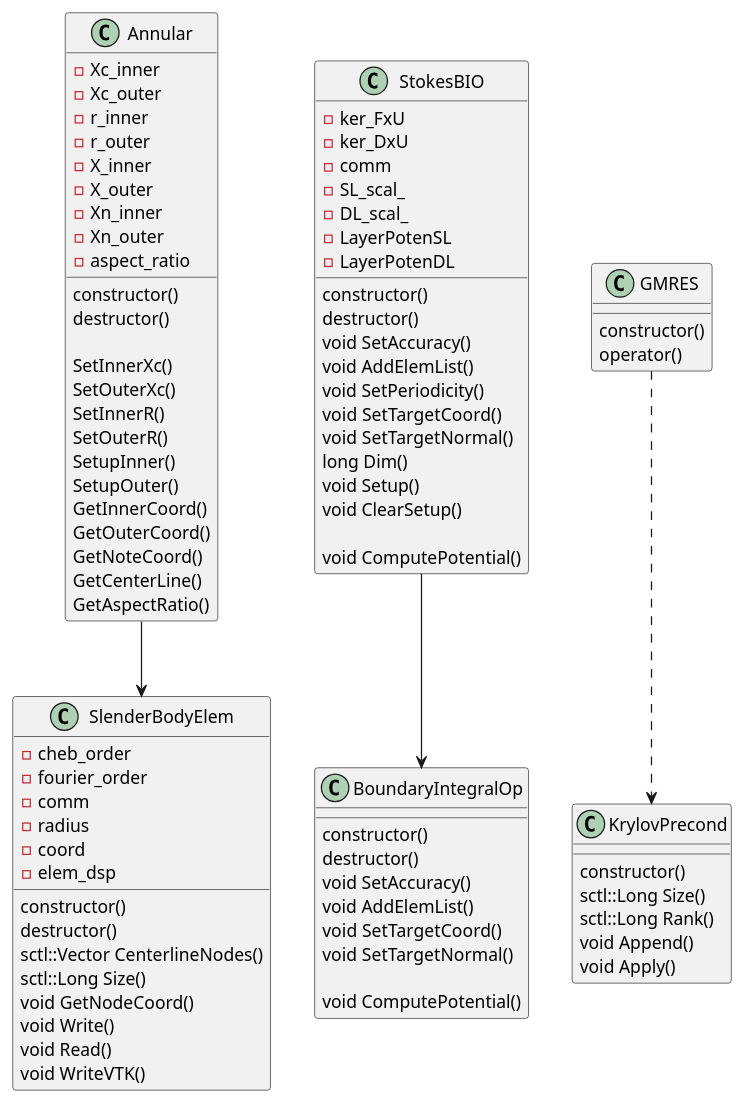
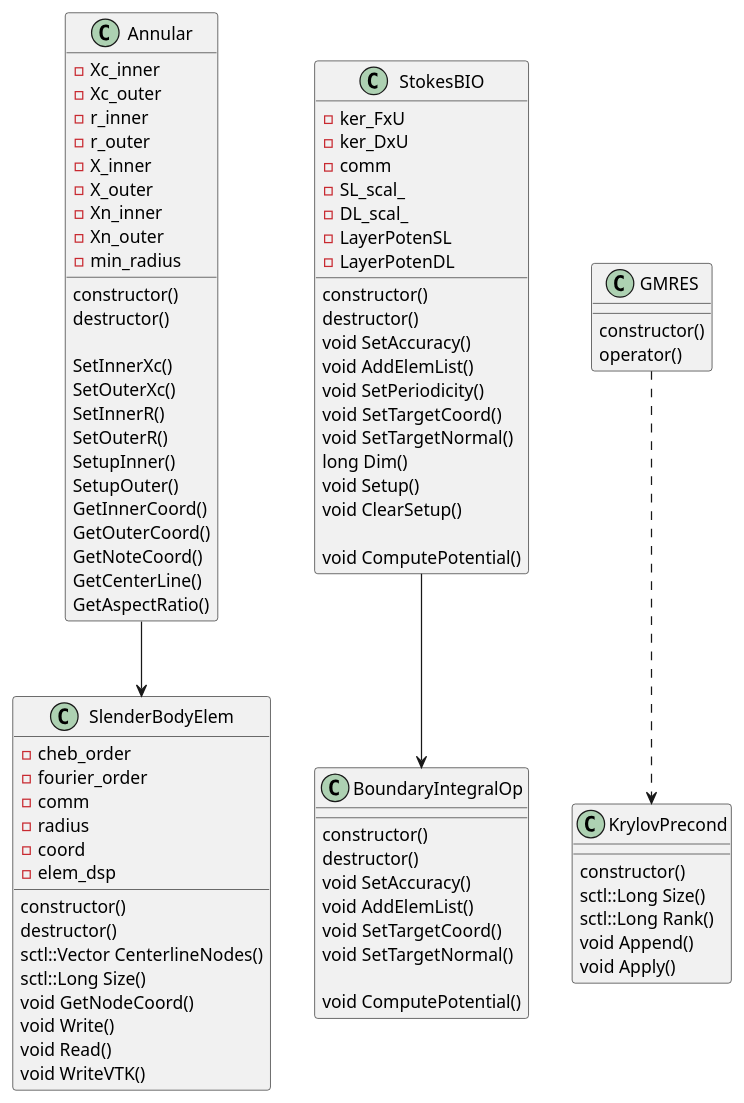
Before and after one commit to TianyueLi75/glymphbie: the diagram in spatial_uml.puml, drawn with PlantUML. The commit also changed 7 other files, not shown here.

```diff
--- a/spatial_uml.puml
+++ b/spatial_uml.puml
@@ -1,102 +1,102 @@
 @startuml csbq
 
 class SlenderBodyElem {
     - cheb_order
     - fourier_order
     - comm
     - radius
     - coord
     - elem_dsp
 
     constructor()
     destructor()
     sctl::Vector CenterlineNodes()
     sctl::Long Size()
     void GetNodeCoord()
     void Write()
     void Read()
     void WriteVTK()
 
 }
 
 class BoundaryIntegralOp {
     constructor()
     destructor()
     void SetAccuracy()
     void AddElemList()
     void SetTargetCoord()
     void SetTargetNormal()
 
     void ComputePotential()
 }
 
 class GMRES {
     constructor()
     operator()
 }
 GMRES ..> KrylovPrecond
 
 class KrylovPrecond {
     constructor()
     sctl::Long Size()
     sctl::Long Rank() 
     void Append()
     void Apply()
 }
 
 class StokesBIO {
     - ker_FxU
     - ker_DxU
     - comm
     - SL_scal_
     - DL_scal_
     - LayerPotenSL
     - LayerPotenDL
 
     constructor()
     destructor()
     void SetAccuracy()
     void AddElemList()
     void SetPeriodicity()
     void SetTargetCoord()
     void SetTargetNormal()
     long Dim()
     void Setup()
     void ClearSetup()
 
     void ComputePotential()
 }
 
 StokesBIO --> BoundaryIntegralOp
 
 class Annular {
     - Xc_inner
     - Xc_outer
     - r_inner
     - r_outer
     - X_inner 
     - X_outer
     - Xn_inner
     - Xn_outer 
-    - aspect_ratio
+    - min_radius
 
     constructor() 
     destructor()
 
     SetInnerXc()
     SetOuterXc()
     SetInnerR()
     SetOuterR()
     SetupInner() 
     SetupOuter() 
     GetInnerCoord()
     GetOuterCoord()
     GetNoteCoord()
     GetCenterLine()
     GetAspectRatio()
 }
 
 Annular --> SlenderBodyElem
 
 
 @enduml
```
